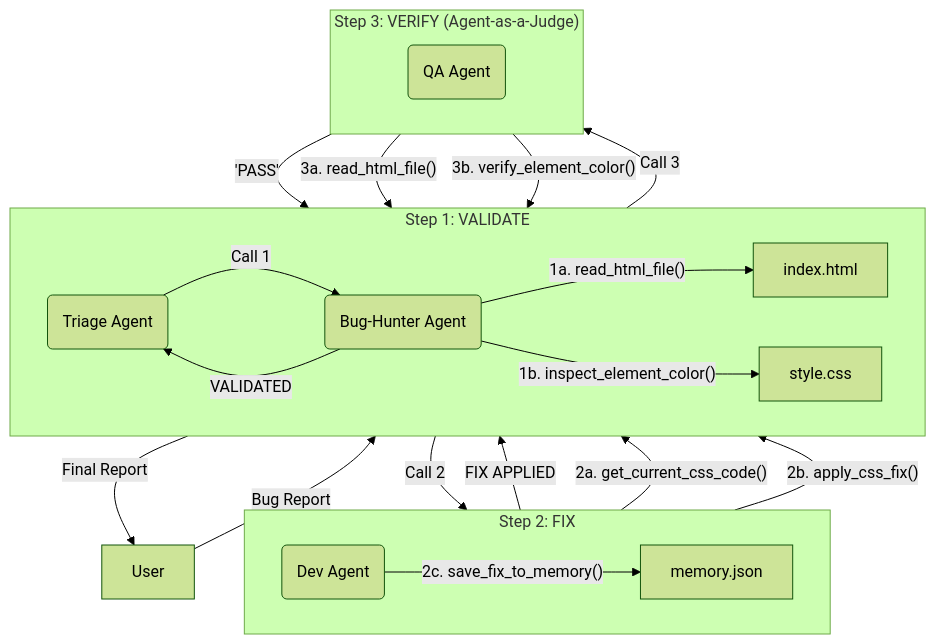
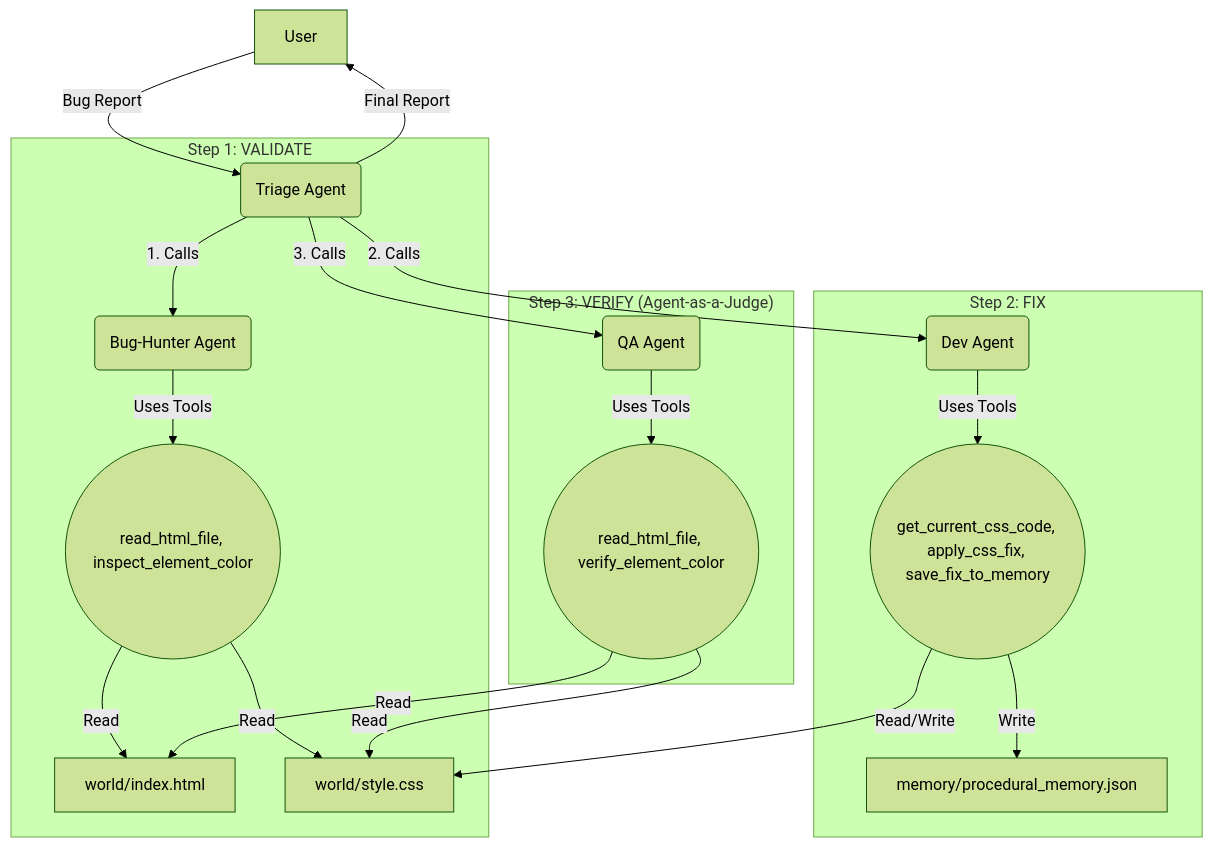
The diagram in README.md (jainilbro/Agentic-Evolver), drawn with Mermaid (forest theme) before and after one commit.

Commit message:
architecture diagram to README

````diff
--- a/README.md
+++ b/README.md
@@ -44,30 +44,26 @@
 ```mermaid
-graph TB
+graph TD
     A[User] -- "Bug Report" --> B(Triage Agent)
     B -- "Final Report" --> A
 
     subgraph "Step 1: VALIDATE"
-        direction LR
-        B -- "Call 1" --> C(Bug-Hunter Agent)
-        C -- "VALIDATED" --> B
-        C -- "1a. read_html_file()" --> F1[index.html]
-        C -- "1b. inspect_element_color()" --> F2[style.css]
+        B -- "1. Calls" --> C(Bug-Hunter Agent)
+        C -- "Uses Tools" --> C_Tools((read_html_file, inspect_element_color))
+        C_Tools -- "Read" --> F1[world/index.html]
+        C_Tools -- "Read" --> F2[world/style.css]
     end
 
     subgraph "Step 2: FIX"
-        direction LR
-        B -- "Call 2" --> D(Dev Agent)
-        D -- "FIX APPLIED" --> B
-        D -- "2a. get_current_css_code()" --> F2
-        D -- "2b. apply_css_fix()" --> F2
-        D -- "2c. save_fix_to_memory()" --> F3[memory.json]
+        B -- "2. Calls" --> D(Dev Agent)
+        D -- "Uses Tools" --> D_Tools((get_current_css_code, apply_css_fix, save_fix_to_memory))
+        D_Tools -- "Read/Write" --> F2
+        D_Tools -- "Write" --> F3[memory/procedural_memory.json]
     end
 
     subgraph "Step 3: VERIFY (Agent-as-a-Judge)"
-        direction LR
-         B -- "Call 3" --> E(QA Agent)
-         E -- "'PASS'" --> B
-         E -- "3a. read_html_file()" --> F1
-         E -- "3b. verify_element_color()" --> F2
+        B -- "3. Calls" --> E(QA Agent)
+        E -- "Uses Tools" --> E_Tools((read_html_file, verify_element_color))
+        E_Tools -- "Read" --> F1
+        E_Tools -- "Read" --> F2
     end
 ```
````
